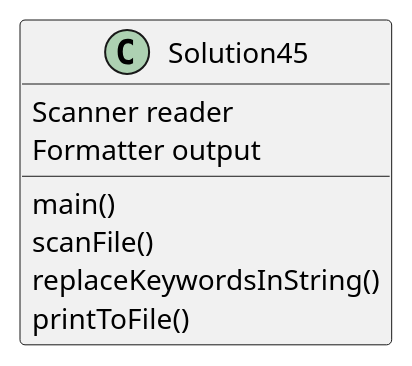
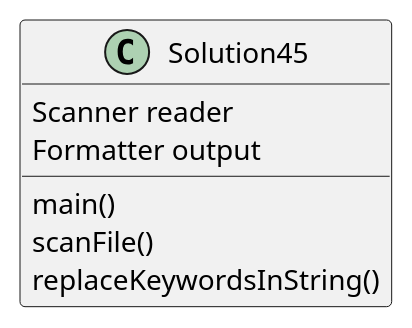
The diagram in exercise45/docs/Exercise45Diagram.puml (RandyRoberts99/roberts-a04), drawn with PlantUML before and after one commit. The commit also changed 11 other files, not shown here.

```diff
--- a/exercise45/docs/Exercise45Diagram.puml
+++ b/exercise45/docs/Exercise45Diagram.puml
@@ -1,14 +1,17 @@
 @startuml
 'https://plantuml.com/class-diagram
 
+
+' For the same reason as exercise 41, there is only one class because it removes unnecessary
+' abstraction and complexity from the problem.
+' A program with only 40 lines of code should not need a new class if done properly.
 class Solution45 {
 Scanner reader
 Formatter output
 
 main()
 scanFile()
 replaceKeywordsInString()
-printToFile()
 }
 
 @enduml
```
